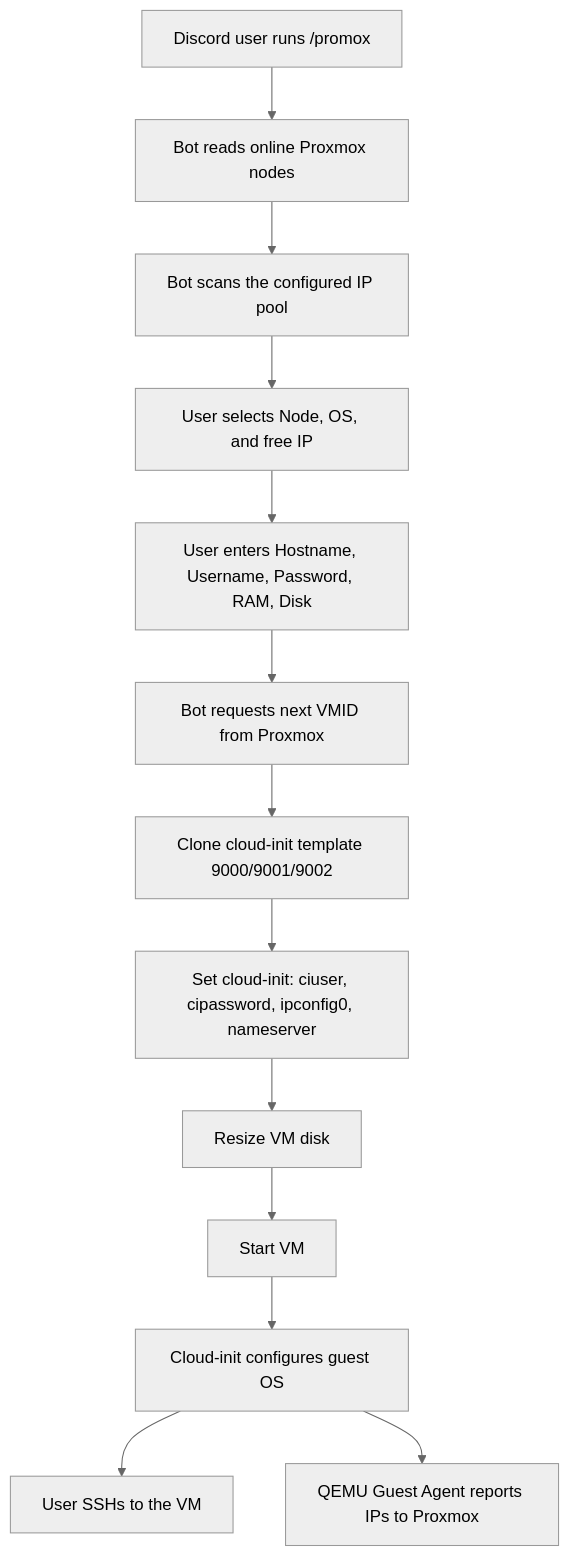
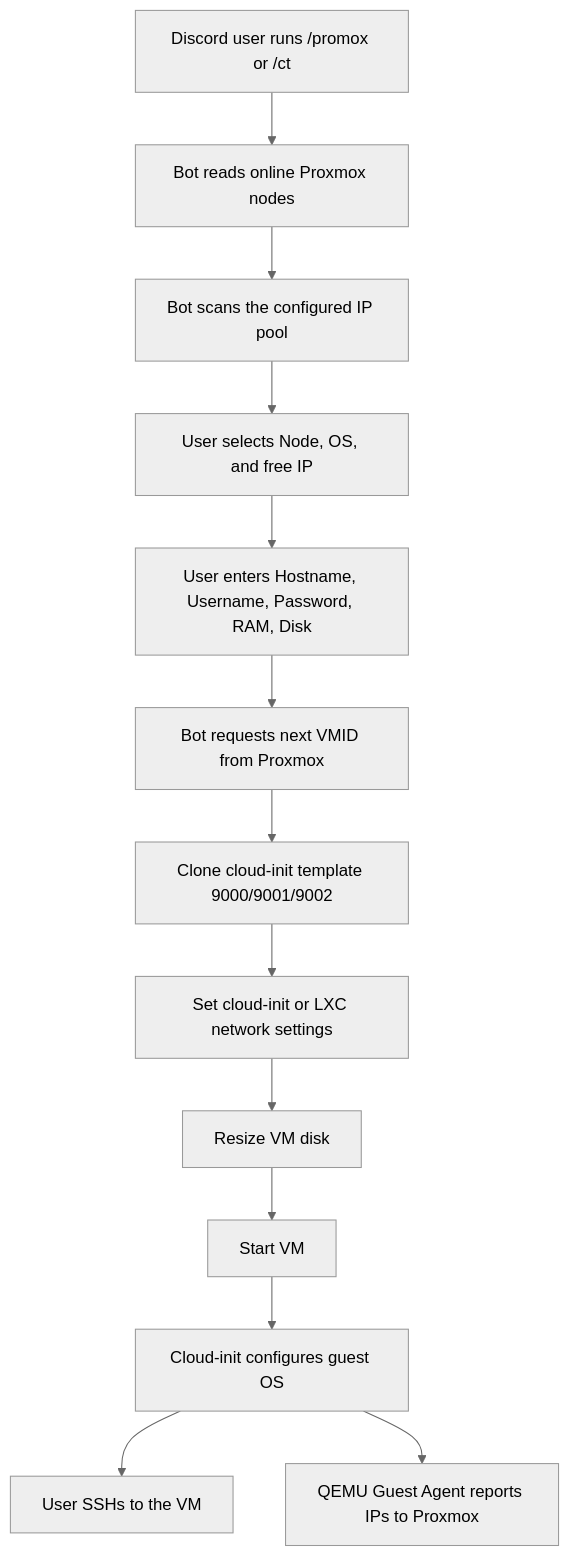
The diagram in README.md (12MICKY/Promox-autovm), drawn with Mermaid (neutral theme) before and after one commit. The commit also changed other lines of this file and 2 other files, not shown here.

Commit message:
Add LXC CT creation command

````diff
--- a/README.md
+++ b/README.md
@@ -9,15 +9,15 @@
 ```mermaid
 flowchart TD
-    A[Discord user runs /promox] --> B[Bot reads online Proxmox nodes]
+    A[Discord user runs /promox or /ct] --> B[Bot reads online Proxmox nodes]
     B --> C[Bot scans the configured IP pool]
     C --> D[User selects Node, OS, and free IP]
     D --> E[User enters Hostname, Username, Password, RAM, Disk]
     E --> F[Bot requests next VMID from Proxmox]
     F --> G[Clone cloud-init template 9000/9001/9002]
-    G --> H[Set cloud-init: ciuser, cipassword, ipconfig0, nameserver]
+    G --> H[Set cloud-init or LXC network settings]
     H --> I[Resize VM disk]
     I --> J[Start VM]
     J --> K[Cloud-init configures guest OS]
     K --> L[User SSHs to the VM]
     K --> M[QEMU Guest Agent reports IPs to Proxmox]
 ```
````
